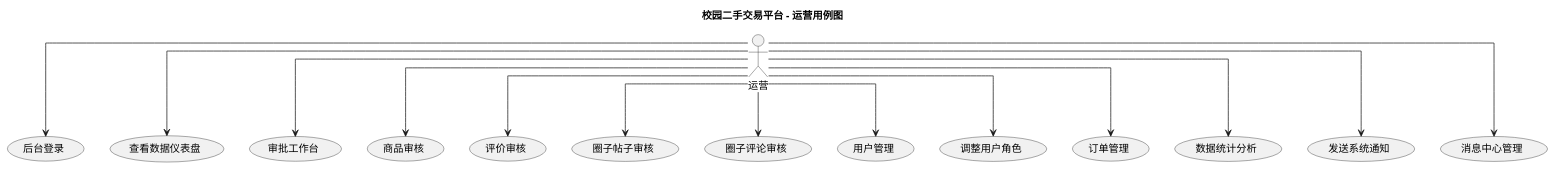
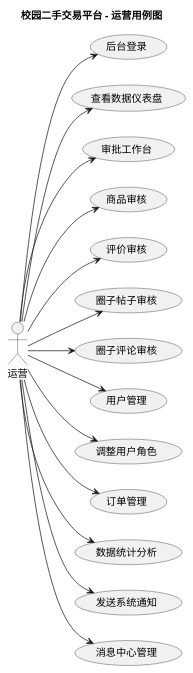
Before and after one commit to RYELOBE/hmapp01: the diagram in docs/usecase-operator.puml, drawn with PlantUML. The commit also changed 2 other files, not shown here.

```diff
--- a/docs/usecase-operator.puml
+++ b/docs/usecase-operator.puml
@@ -1,39 +1,39 @@
 @startuml
+left to right direction
 skinparam backgroundColor #FFFFFF
 skinparam shadowing false
 skinparam roundcorner 8
-skinparam linetype ortho
 
 title 校园二手交易平台 - 运营用例图
 
 actor "运营" as operator
 
 usecase "后台登录" as UC1
 usecase "查看数据仪表盘" as UC2
 usecase "审批工作台" as UC3
 usecase "商品审核" as UC4
 usecase "评价审核" as UC5
 usecase "圈子帖子审核" as UC6
 usecase "圈子评论审核" as UC7
 usecase "用户管理" as UC8
 usecase "调整用户角色" as UC9
 usecase "订单管理" as UC10
 usecase "数据统计分析" as UC11
 usecase "发送系统通知" as UC12
 usecase "消息中心管理" as UC13
 
 operator --> UC1
 operator --> UC2
 operator --> UC3
 operator --> UC4
 operator --> UC5
 operator --> UC6
 operator --> UC7
 operator --> UC8
 operator --> UC9
 operator --> UC10
 operator --> UC11
 operator --> UC12
 operator --> UC13
 
 @enduml
```
